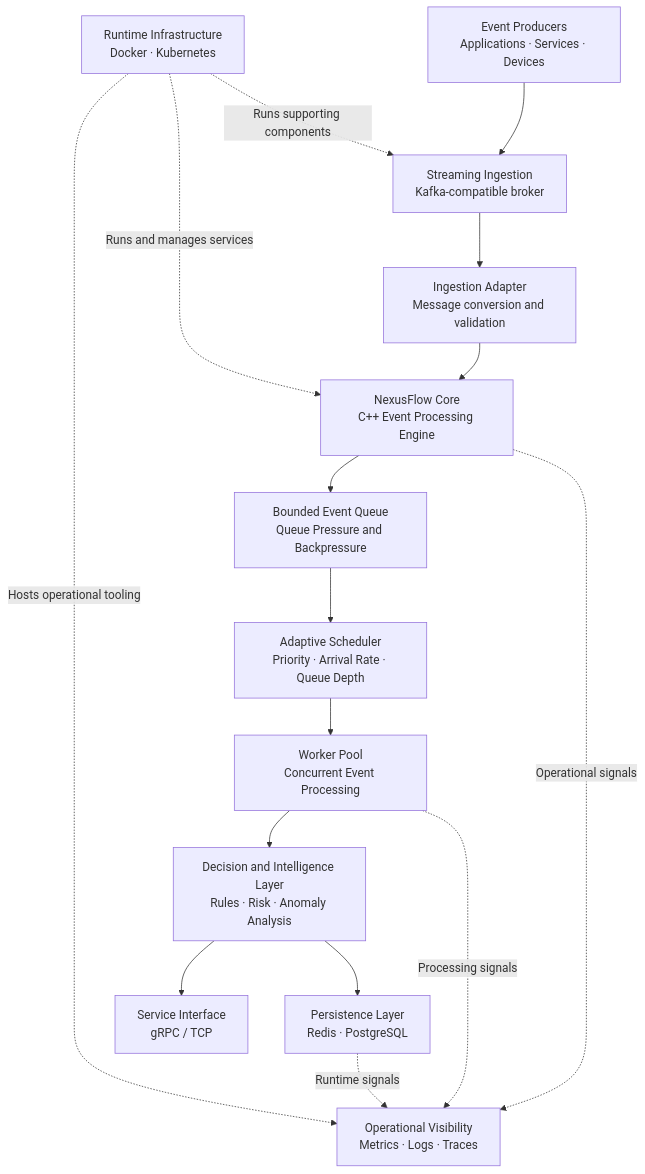
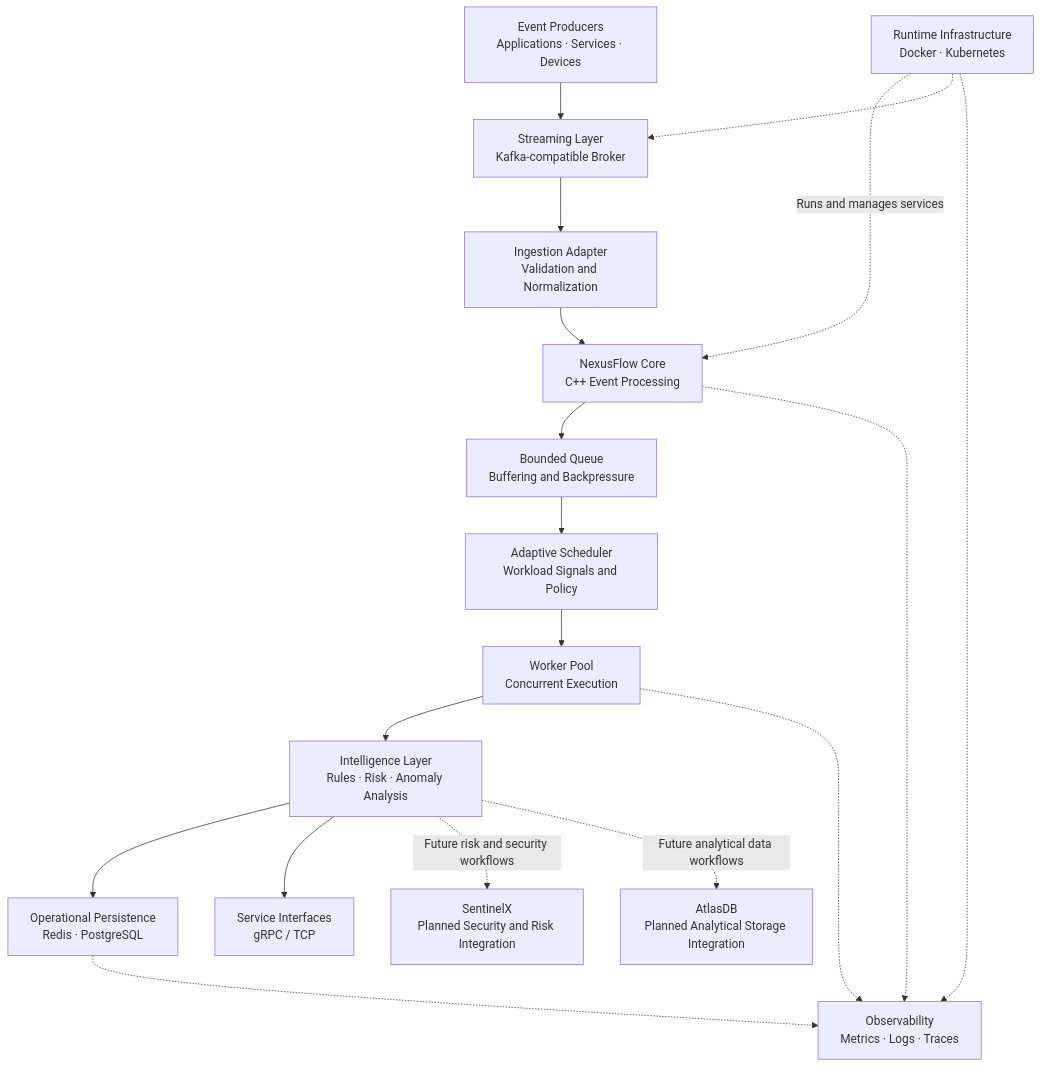
Before and after one commit to gavneet0030/NexusFlow: the first of 3 diagrams in README.md, drawn with Mermaid. The commit also changed other lines of this file, not shown here.

````diff
--- a/README.md
+++ b/README.md
@@ -204,31 +155,37 @@
 ```mermaid
 flowchart TB
-    SRC["Event Producers<br/>Applications · Services · Devices"]
-    BROKER["Streaming Ingestion<br/>Kafka-compatible broker"]
-    ADAPTER["Ingestion Adapter<br/>Message conversion and validation"]
-    CORE["NexusFlow Core<br/>C++ Event Processing Engine"]
-    QUEUE["Bounded Event Queue<br/>Queue Pressure and Backpressure"]
-    SCHED["Adaptive Scheduler<br/>Priority · Arrival Rate · Queue Depth"]
-    WORKERS["Worker Pool<br/>Concurrent Event Processing"]
-    DECISION["Decision and Intelligence Layer<br/>Rules · Risk · Anomaly Analysis"]
-    STORAGE["Persistence Layer<br/>Redis · PostgreSQL"]
-    API["Service Interface<br/>gRPC / TCP"]
-    OBS["Operational Visibility<br/>Metrics · Logs · Traces"]
-    DEPLOY["Runtime Infrastructure<br/>Docker · Kubernetes"]
+    PRODUCERS["Event Producers<br/>Applications · Services · Devices"]
+    BROKER["Streaming Layer<br/>Kafka-compatible Broker"]
+    INGEST["Ingestion Adapter<br/>Validation and Normalization"]
+    CORE["NexusFlow Core<br/>C++ Event Processing"]
+    QUEUE["Bounded Queue<br/>Buffering and Backpressure"]
+    SCHEDULER["Adaptive Scheduler<br/>Workload Signals and Policy"]
+    WORKERS["Worker Pool<br/>Concurrent Execution"]
+    INTELLIGENCE["Intelligence Layer<br/>Rules · Risk · Anomaly Analysis"]
+    SENTINEL["SentinelX<br/>Planned Security and Risk Integration"]
+    ATLAS["AtlasDB<br/>Planned Analytical Storage Integration"]
+    STORAGE["Operational Persistence<br/>Redis · PostgreSQL"]
+    API["Service Interfaces<br/>gRPC / TCP"]
+    OBS["Observability<br/>Metrics · Logs · Traces"]
+    INFRA["Runtime Infrastructure<br/>Docker · Kubernetes"]
 
-    SRC --> BROKER
-    BROKER --> ADAPTER
-    ADAPTER --> CORE
+    PRODUCERS --> BROKER
+    BROKER --> INGEST
+    INGEST --> CORE
     CORE --> QUEUE
-    QUEUE --> SCHED
-    SCHED --> WORKERS
-    WORKERS --> DECISION
-    DECISION --> STORAGE
-    DECISION --> API
-    CORE -. "Operational signals" .-> OBS
-    WORKERS -. "Processing signals" .-> OBS
-    STORAGE -. "Runtime signals" .-> OBS
-    DEPLOY -. "Runs and manages services" .-> CORE
-    DEPLOY -. "Runs supporting components" .-> BROKER
-    DEPLOY -. "Hosts operational tooling" .-> OBS
+    QUEUE --> SCHEDULER
+    SCHEDULER --> WORKERS
+    WORKERS --> INTELLIGENCE
+    INTELLIGENCE --> STORAGE
+    INTELLIGENCE --> API
+    INTELLIGENCE -. "Future risk and security workflows" .-> SENTINEL
+    INTELLIGENCE -. "Future analytical data workflows" .-> ATLAS
+
+    CORE -.-> OBS
+    WORKERS -.-> OBS
+    STORAGE -.-> OBS
+
+    INFRA -. "Runs and manages services" .-> CORE
+    INFRA -.-> BROKER
+    INFRA -.-> OBS
 ```
````
